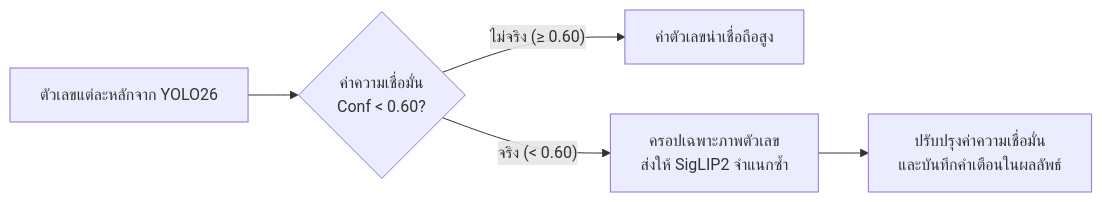
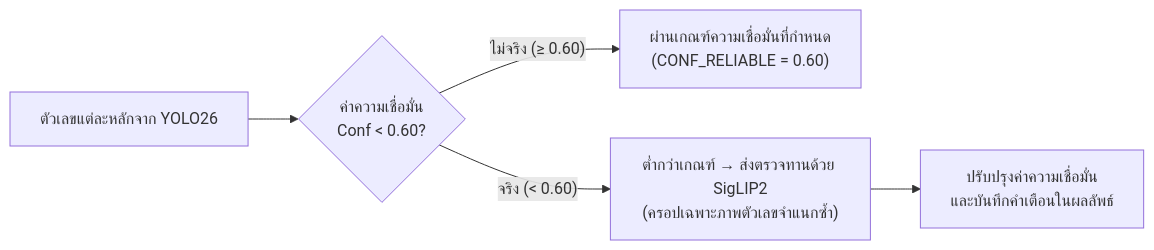
One commit to jirathxz/meter-reader changed diagram 16 of 17 in TUTORIAL.md. Above: the diagram before and after it, drawn with Mermaid. The commit also changed other lines of this file, not shown here.

````diff
--- a/TUTORIAL.md
+++ b/TUTORIAL.md
@@ -1339,7 +1339,7 @@
 ```mermaid
 flowchart LR
   CC1["ตัวเลขแต่ละหลักจาก YOLO26"] --> CCC{"ค่าความเชื่อมั่น<br/>Conf < 0.60?"}
-  CCC -->|"ไม่จริง (≥ 0.60)"| CCR["ค่าตัวเลขน่าเชื่อถือสูง"]
-  CCC -->|"จริง (< 0.60)"| CCS["ครอปเฉพาะภาพตัวเลข<br/>ส่งให้ SigLIP2 จำแนกซ้ำ"]
+  CCC -->|"ไม่จริง (≥ 0.60)"| CCR["ผ่านเกณฑ์ความเชื่อมั่นที่กำหนด<br/>(CONF_RELIABLE = 0.60)"]
+  CCC -->|"จริง (< 0.60)"| CCS["ต่ำกว่าเกณฑ์ → ส่งตรวจทานด้วย SigLIP2<br/>(ครอปเฉพาะภาพตัวเลขจำแนกซ้ำ)"]
   CCS --> CCU["ปรับปรุงค่าความเชื่อมั่น<br/>และบันทึกคำเตือนในผลลัพธ์"]
 ```
````
